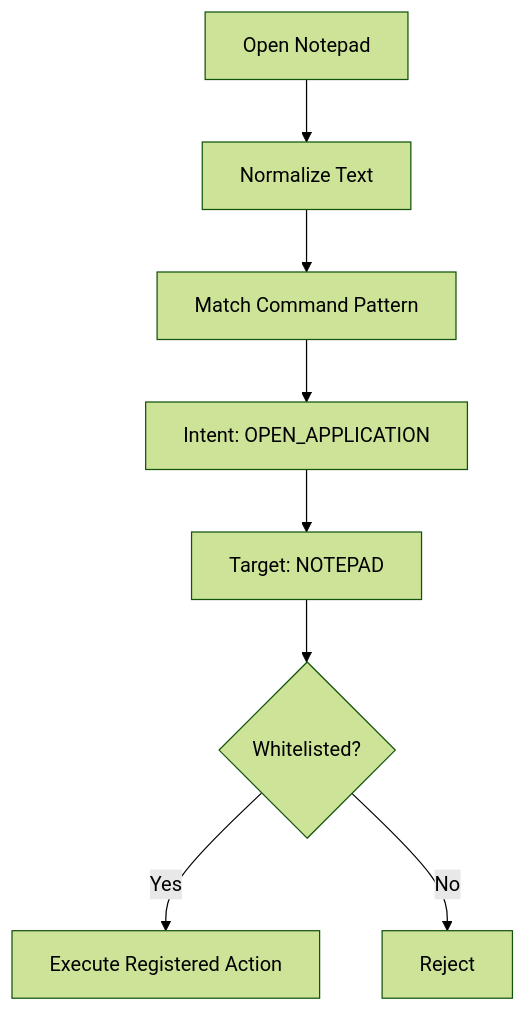
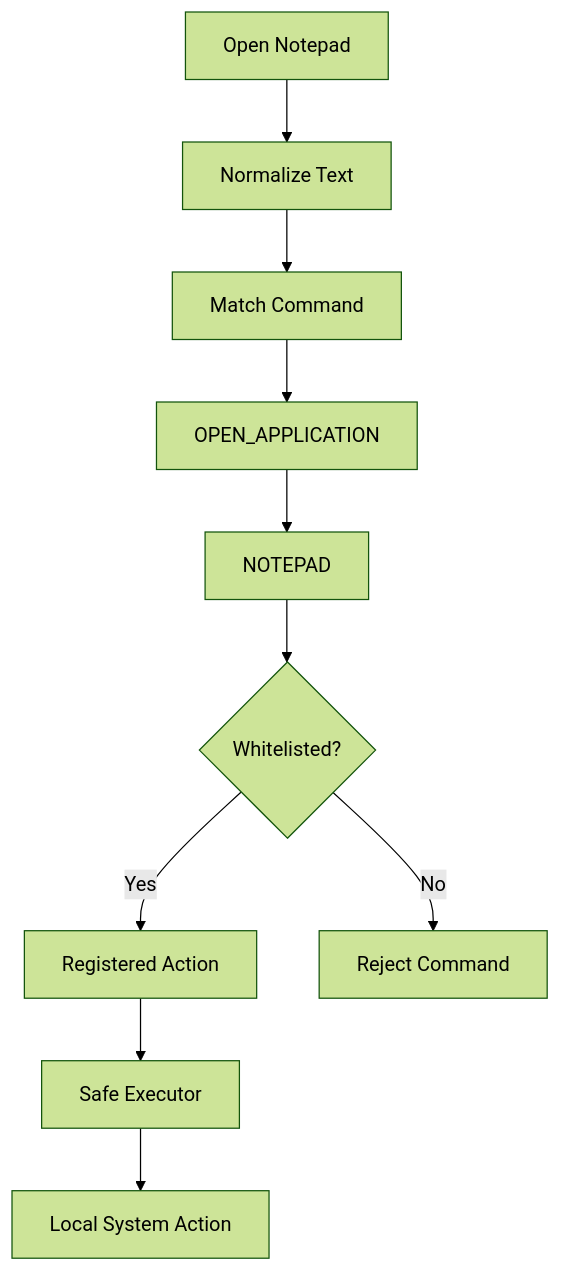
The second of 2 diagrams in README.md (Ganeshraj-AI/Vocalis-Low-Latency-Voice-Activation-Engine), drawn with Mermaid (forest theme) before and after one commit. The commit also changed other lines of this file, not shown here.

````diff
--- a/README.md
+++ b/README.md
@@ -135,11 +77,12 @@
 ```mermaid
 flowchart TD
     A["Open Notepad"] --> B[Normalize Text]
-    B --> C[Match Command Pattern]
-    C --> D["Intent: OPEN_APPLICATION"]
-    D --> E["Target: NOTEPAD"]
+    B --> C[Match Command]
+    C --> D["OPEN_APPLICATION"]
+    D --> E["NOTEPAD"]
     E --> F{Whitelisted?}
-
-    F -->|Yes| G[Execute Registered Action]
-    F -->|No| H[Reject]
+    F -->|Yes| G[Registered Action]
+    F -->|No| H[Reject Command]
+    G --> I[Safe Executor]
+    I --> J[Local System Action]
 ```
````
